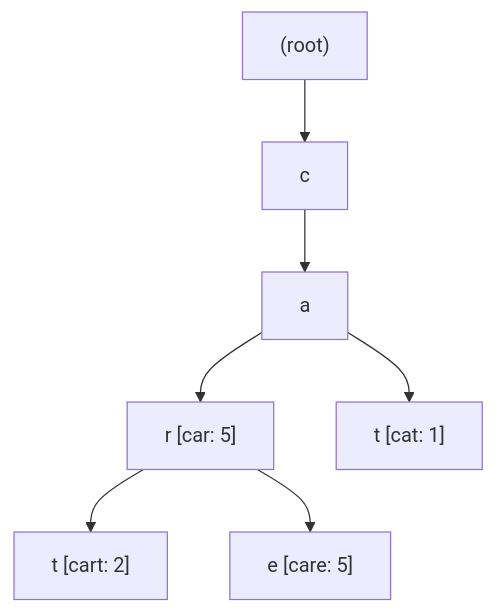
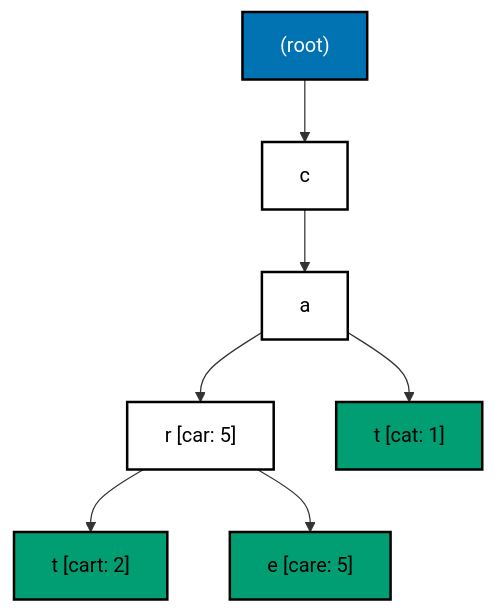
Before and after one commit to wahidyankf/grind-in-public: the second of 2 diagrams in drill/system-design-algos/in-python/algo_14_trie.md, drawn with Mermaid. The commit also changed other lines of this file and 22 other files, not shown here.

First line of the commit message:
docs: use accessible palette in mermaid diagrams

````diff
--- a/drill/system-design-algos/in-python/algo_14_trie.md
+++ b/drill/system-design-algos/in-python/algo_14_trie.md
@@ -57,13 +64,19 @@
 ```mermaid
 flowchart TD
   accTitle: Trie with four words
   accDescr {
     Shows the words car, cart, care, and cat as paths from the root. Each word end shows its count.
   }
   A["(root)"] --> B["c"]
   B --> C["a"]
   C --> D["r [car: 5]"]
   D --> E["t [cart: 2]"]
   D --> F["e [care: 5]"]
   C --> G["t [cat: 1]"]
+  classDef default fill:#FFFFFF,stroke:#000000,color:#000000,stroke-width:2px
+  classDef blue fill:#0173B2,stroke:#000000,color:#FFFFFF,stroke-width:2px
+  classDef orange fill:#DE8F05,stroke:#000000,color:#000000,stroke-width:2px
+  classDef teal fill:#029E73,stroke:#000000,color:#000000,stroke-width:2px
+  class A blue
+  class E,F,G teal
 ```
````
